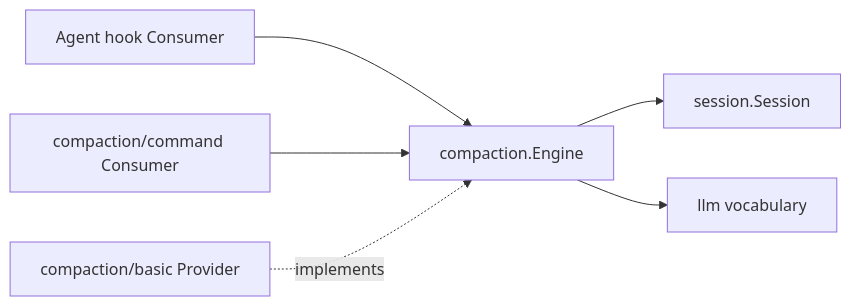
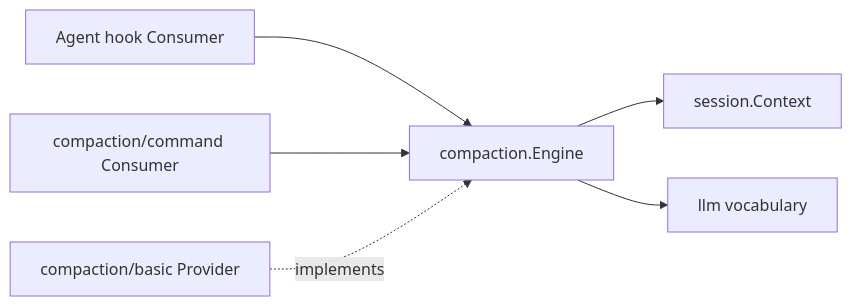
One commit to gorenx/goren changed the first of 2 diagrams in compaction/README.zh-CN.md. Above: the diagram before and after it, drawn with Mermaid. The commit also changed 20 other files, not shown here.

Commit message:
docs(session): document coordinated write architecture

````diff
--- a/compaction/README.zh-CN.md
+++ b/compaction/README.zh-CN.md
@@ -21,8 +21,8 @@
 ```mermaid
 flowchart LR
     AUTO[Agent hook Consumer] --> ENGINE[compaction.Engine]
     COMMAND[compaction/command Consumer] --> ENGINE
     BASIC[compaction/basic Provider] -. implements .-> ENGINE
-    ENGINE --> SESSION[session.Session]
+    ENGINE --> SESSION[session.Context]
     ENGINE --> LLM[llm vocabulary]
 ```
````
